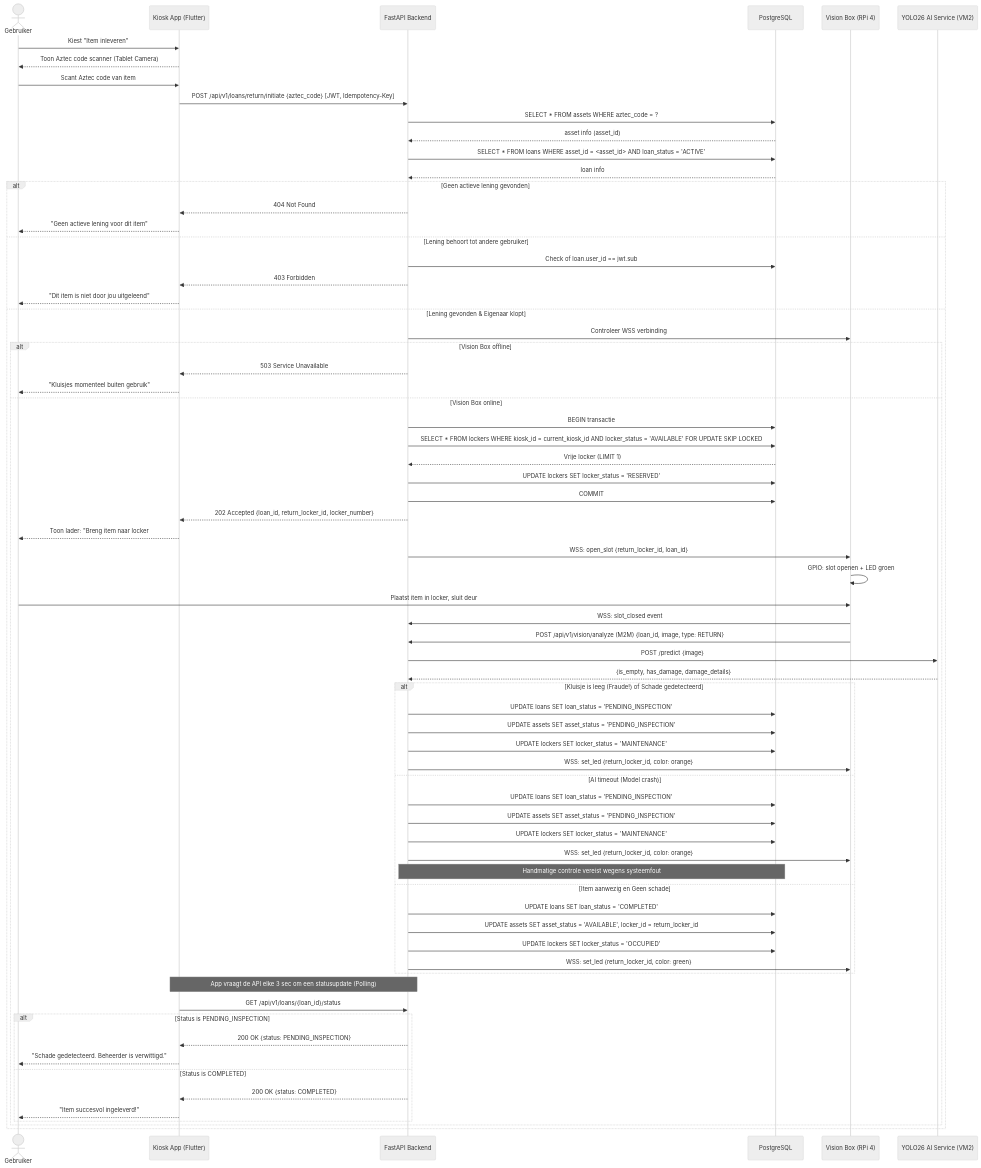
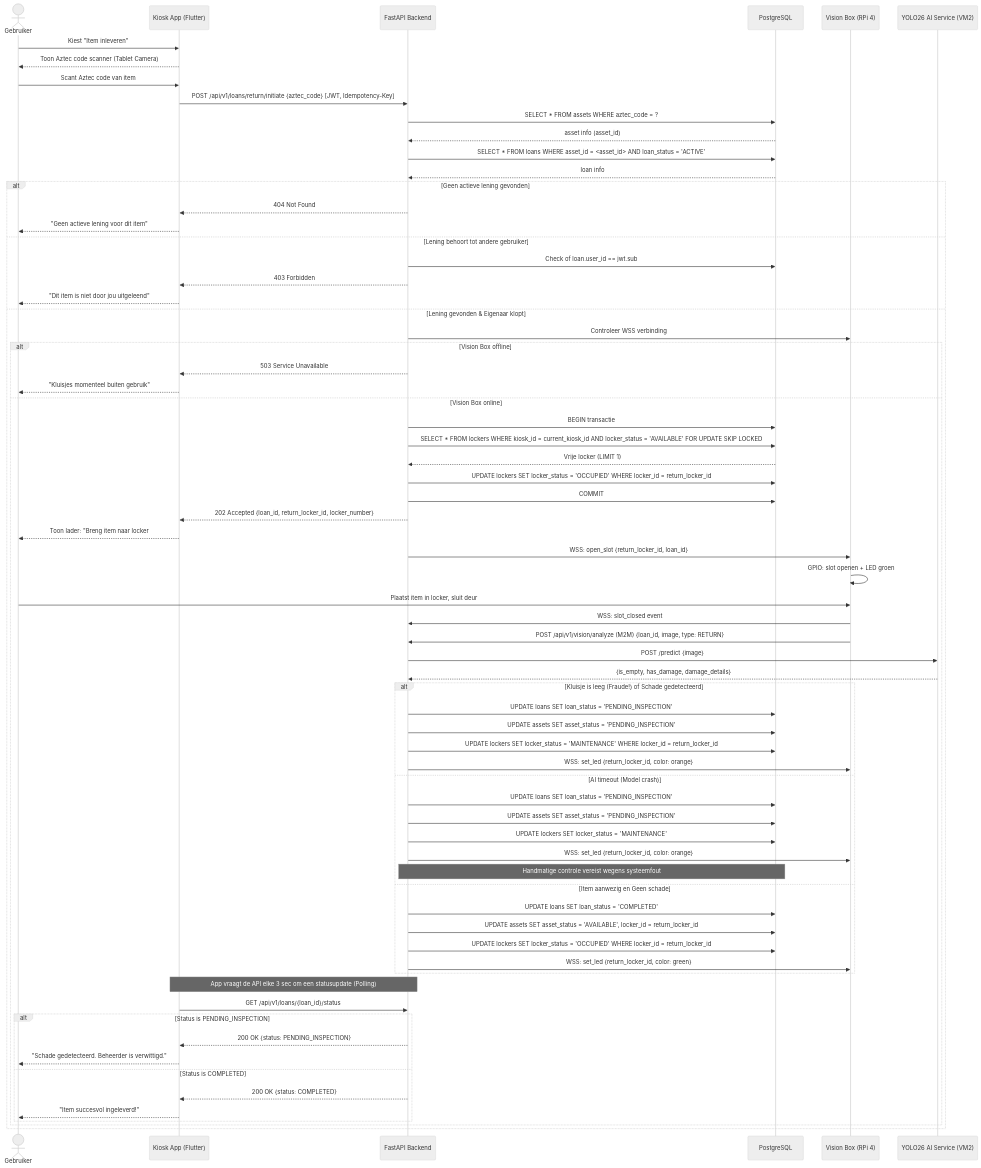
Before and after one commit to easylend-practice-enterprise/easylend: the diagram in docs/diagrams/sequence_return.mmd, drawn with Mermaid (neutral theme).

Commit message:
Potential fix for pull request finding

```diff
--- a/docs/diagrams/sequence_return.mmd
+++ b/docs/diagrams/sequence_return.mmd
@@ -1,77 +1,77 @@
 sequenceDiagram
     actor User as Gebruiker
     participant App as Kiosk App (Flutter)
     participant API as FastAPI Backend
     participant DB as PostgreSQL
     participant VB as Vision Box (RPi 4)
     participant AI as YOLO26 AI Service (VM2)
 
     User->>App: Kiest "Item inleveren"
     App-->>User: Toon Aztec code scanner (Tablet Camera)
     User->>App: Scant Aztec code van item
     App->>API: POST /api/v1/loans/return/initiate {aztec_code} [JWT, Idempotency-Key]
     API->>DB: SELECT * FROM assets WHERE aztec_code = ?
     DB-->>API: asset info (asset_id)
     API->>DB: SELECT * FROM loans WHERE asset_id = <asset_id> AND loan_status = 'ACTIVE'
     DB-->>API: loan info
 
     alt Geen actieve lening gevonden
         API-->>App: 404 Not Found
         App-->>User: "Geen actieve lening voor dit item"
     else Lening behoort tot andere gebruiker
         API->>DB: Check of loan.user_id == jwt.sub
         API-->>App: 403 Forbidden
         App-->>User: "Dit item is niet door jou uitgeleend"
     else Lening gevonden & Eigenaar klopt
         API->>VB: Controleer WSS verbinding
         alt Vision Box offline
             API-->>App: 503 Service Unavailable
             App-->>User: "Kluisjes momenteel buiten gebruik"
         else Vision Box online
             API->>DB: BEGIN transactie
             API->>DB: SELECT * FROM lockers WHERE kiosk_id = current_kiosk_id AND locker_status = 'AVAILABLE' FOR UPDATE SKIP LOCKED
             DB-->>API: Vrije locker (LIMIT 1)
-            API->>DB: UPDATE lockers SET locker_status = 'RESERVED'
+            API->>DB: UPDATE lockers SET locker_status = 'OCCUPIED' WHERE locker_id = return_locker_id
             API->>DB: COMMIT
             API-->>App: 202 Accepted {loan_id, return_locker_id, locker_number}
             App-->>User: Toon lader: "Breng item naar locker #N"
 
             API->>VB: WSS: open_slot {return_locker_id, loan_id}
             VB->>VB: GPIO: slot openen + LED groen
             User->>VB: Plaatst item in locker, sluit deur
             VB->>API: WSS: slot_closed event
 
             VB->>API: POST /api/v1/vision/analyze (M2M) {loan_id, image, type: RETURN}
             API->>AI: POST /predict {image}
             AI-->>API: {is_empty, has_damage, damage_details}
 
             alt Kluisje is leeg (Fraude!) of Schade gedetecteerd
                 API->>DB: UPDATE loans SET loan_status = 'PENDING_INSPECTION'
                 API->>DB: UPDATE assets SET asset_status = 'PENDING_INSPECTION'
-                API->>DB: UPDATE lockers SET locker_status = 'MAINTENANCE'
+                API->>DB: UPDATE lockers SET locker_status = 'MAINTENANCE' WHERE locker_id = return_locker_id
                 API->>VB: WSS: set_led {return_locker_id, color: orange}
             else AI timeout (Model crash)
                 API->>DB: UPDATE loans SET loan_status = 'PENDING_INSPECTION'
                 API->>DB: UPDATE assets SET asset_status = 'PENDING_INSPECTION'
                 API->>DB: UPDATE lockers SET locker_status = 'MAINTENANCE'
                 API->>VB: WSS: set_led {return_locker_id, color: orange}
                 Note over API,DB: Handmatige controle vereist wegens systeemfout
             else Item aanwezig en Geen schade
                 API->>DB: UPDATE loans SET loan_status = 'COMPLETED'
                 API->>DB: UPDATE assets SET asset_status = 'AVAILABLE', locker_id = return_locker_id
-                API->>DB: UPDATE lockers SET locker_status = 'OCCUPIED'
+                API->>DB: UPDATE lockers SET locker_status = 'OCCUPIED' WHERE locker_id = return_locker_id
                 API->>VB: WSS: set_led {return_locker_id, color: green}
             end
 
             Note over App,API: App vraagt de API elke 3 sec om een statusupdate (Polling)
             App->>API: GET /api/v1/loans/{loan_id}/status
             
             alt Status is PENDING_INSPECTION
                 API-->>App: 200 OK {status: PENDING_INSPECTION}
                 App-->>User: "Schade gedetecteerd. Beheerder is verwittigd."
             else Status is COMPLETED
                 API-->>App: 200 OK {status: COMPLETED}
                 App-->>User: "Item succesvol ingeleverd!"
             end
         end
     end
```
